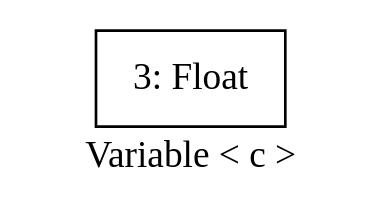
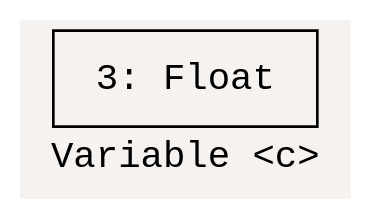
One commit to ZJxyo/PythonVarTypeAnalysisTool changed the diagram in output/flowchart/flowchart_foo(arg0,arg1,arg2)_c.gv. Above: the diagram before and after it, drawn with Graphviz. The commit also changed 95 other files, not shown here.

```diff
--- a/output/flowchart/flowchart_foo(arg0,arg1,arg2)_c.gv
+++ b/output/flowchart/flowchart_foo(arg0,arg1,arg2)_c.gv
@@ -1,5 +1,8 @@
 digraph {
-	label="Variable < c >"
+	label="Variable <c>"
+	bgcolor="#f5f2f0"
 	node [shape=box]
-	3 [label="3: Float"]
+	node [fontname="Consolas,Monaco,'Andale Mono','Ubuntu Mono',monospace"]
+	fontname="Consolas,Monaco,'Andale Mono','Ubuntu Mono',monospace"
+	3 [label=" 3: Float "]
 }
```
